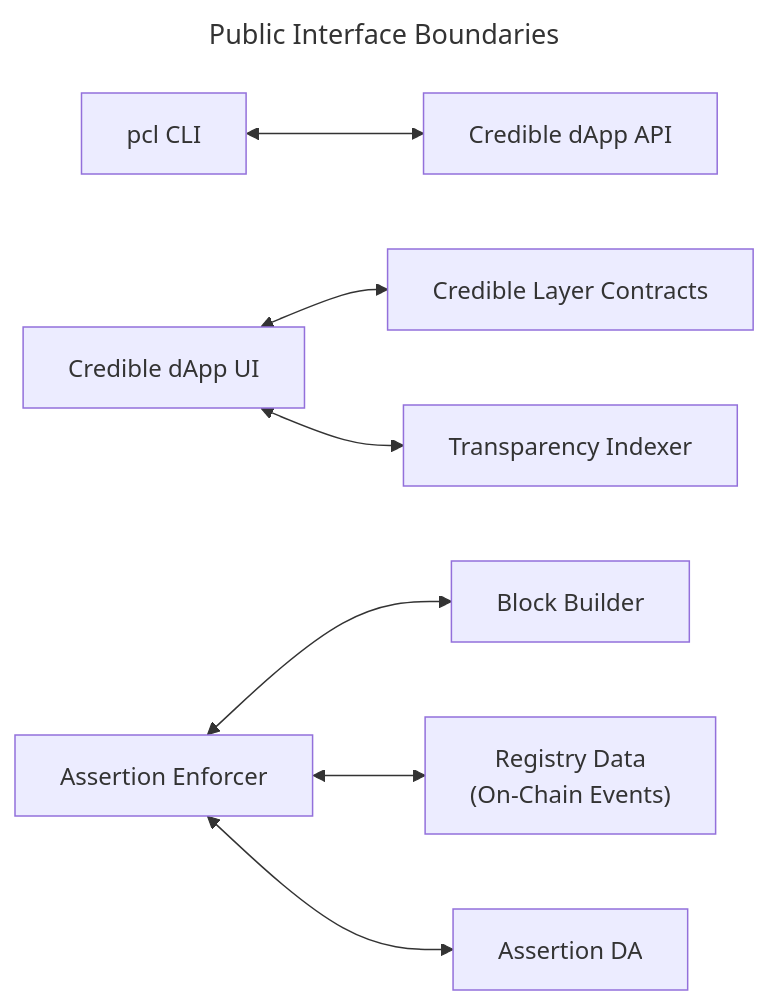
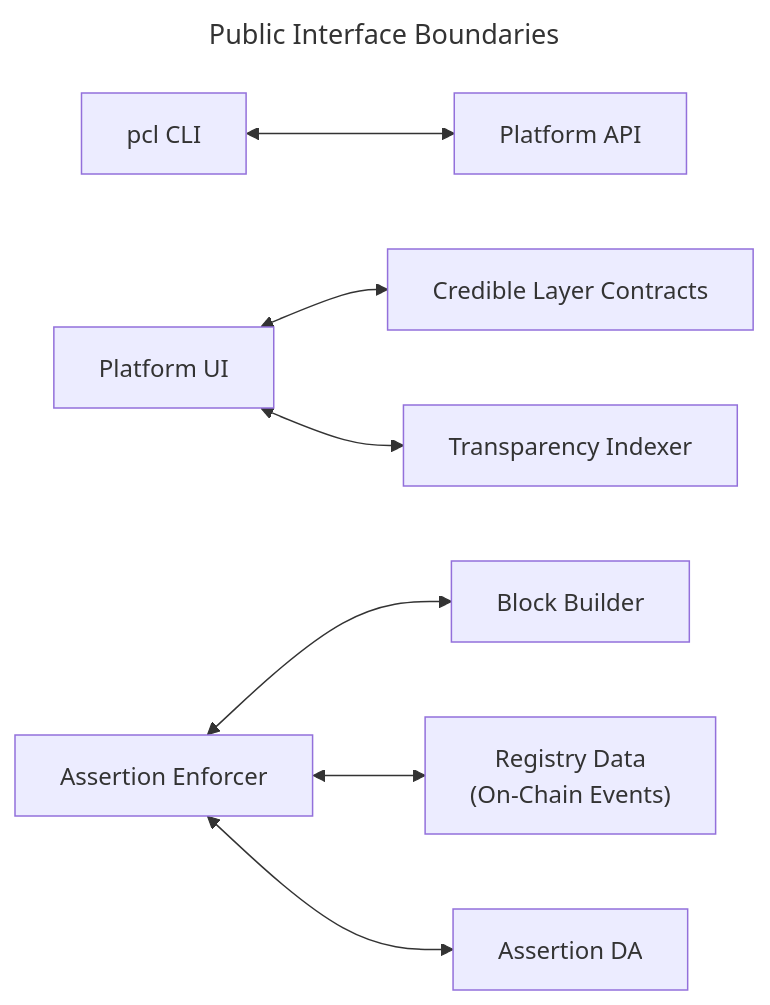
One commit to phylaxsystems/phylax-docs changed the diagram in credible/interfaces-overview.mdx. Above: the diagram before and after it, drawn with Mermaid. The commit also changed other lines of this file and 74 other files, not shown here.

````diff
--- a/credible/interfaces-overview.mdx
+++ b/credible/interfaces-overview.mdx
@@ -11,12 +11,12 @@
 ```mermaid
 ---
 title: Public Interface Boundaries
 ---
 flowchart LR
-  CLI[pcl CLI] <--> DappAPI[Credible dApp API]
-  DappUI[Credible dApp UI] <--> Contracts[Credible Layer Contracts]
+  CLI[pcl CLI] <--> DappAPI[Platform API]
+  DappUI[Platform UI] <--> Contracts[Credible Layer Contracts]
   DappUI <--> Indexer[Transparency Indexer]
   Enforcer[Assertion Enforcer] <--> Builder[Block Builder]
   Enforcer <--> Registry["Registry Data<br/>(On-Chain Events)"]
   Enforcer <--> DA[Assertion DA]
 ```
````
